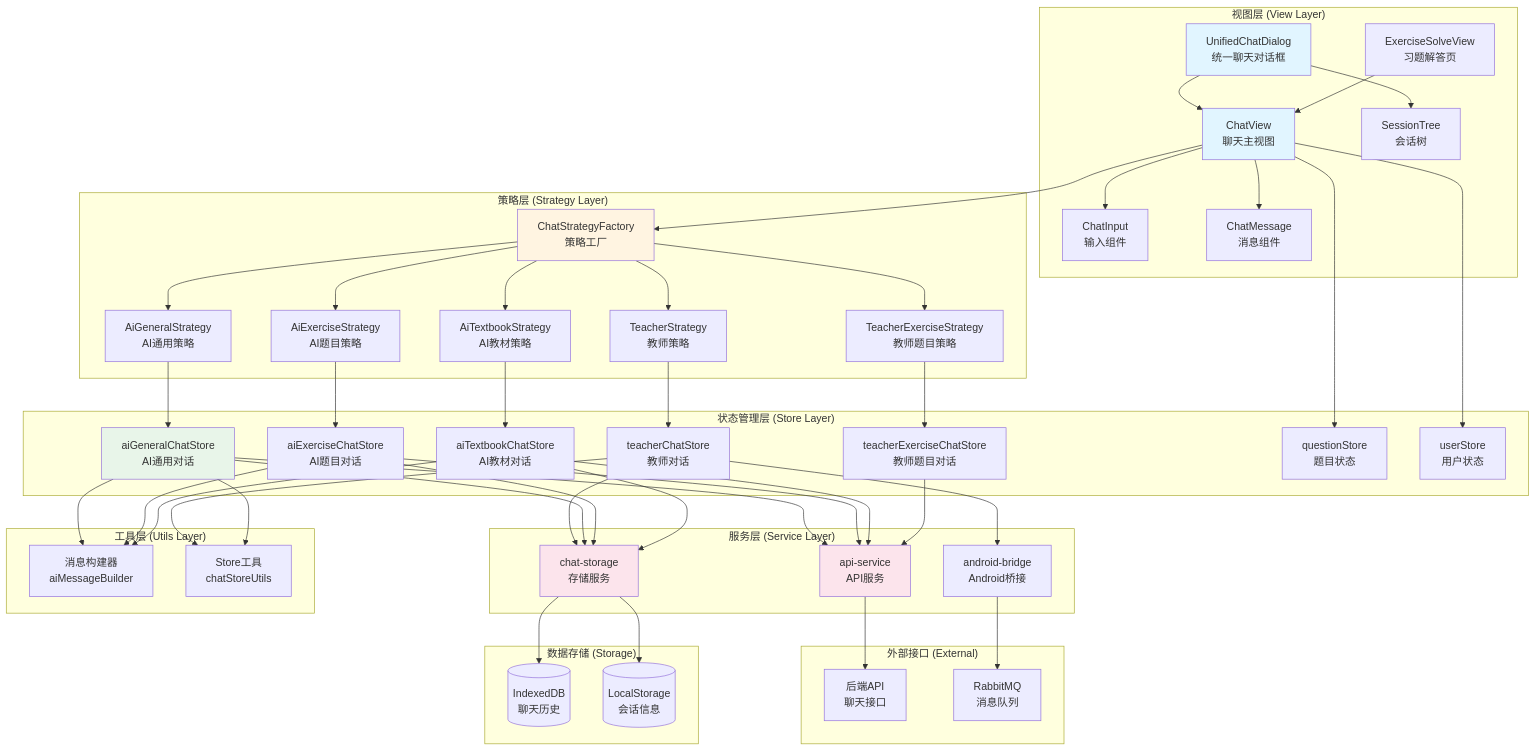
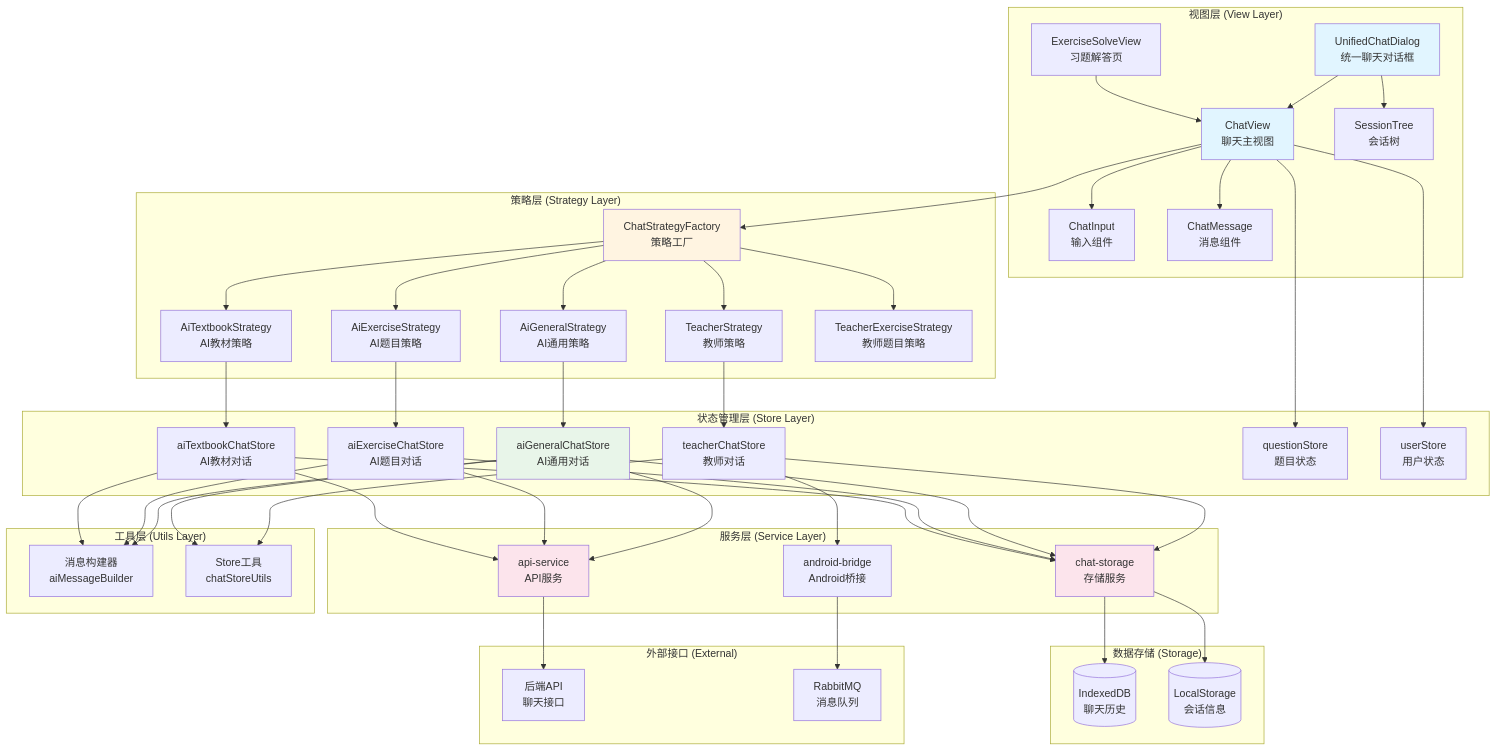
One commit to qiulinfang/openClass changed the first of 9 diagrams in imates-web/docs-prd/聊天功能架构图.md. Above: the diagram before and after it, drawn with Mermaid. The commit also changed other lines of this file and 163 other files, not shown here.

```diff
--- a/imates-web/docs-prd/聊天功能架构图.md
+++ b/imates-web/docs-prd/聊天功能架构图.md
@@ -27,7 +27,6 @@
         AiExerciseStore[aiExerciseChatStore<br/>AI题目对话]
         AiTextbookStore[aiTextbookChatStore<br/>AI教材对话]
         TeacherStore[teacherChatStore<br/>教师对话]
-        TeacherExerciseStore[teacherExerciseChatStore<br/>教师题目对话]
         QuestionStore[questionStore<br/>题目状态]
         UserStore[userStore<br/>用户状态]
     end
@@ -73,7 +72,6 @@
     AiExerciseStrategy --> AiExerciseStore
     AiTextbookStrategy --> AiTextbookStore
     TeacherStrategy --> TeacherStore
-    TeacherExerciseStrategy --> TeacherExerciseStore
     ChatView --> QuestionStore
     ChatView --> UserStore
 
@@ -82,7 +80,6 @@
     AiExerciseStore --> ApiService
     AiTextbookStore --> ApiService
     TeacherStore --> AndroidBridge
-    TeacherExerciseStore --> ApiService
     TeacherStore --> ChatStorage
     AiGeneralStore --> ChatStorage
     AiExerciseStore --> ChatStorage
```
